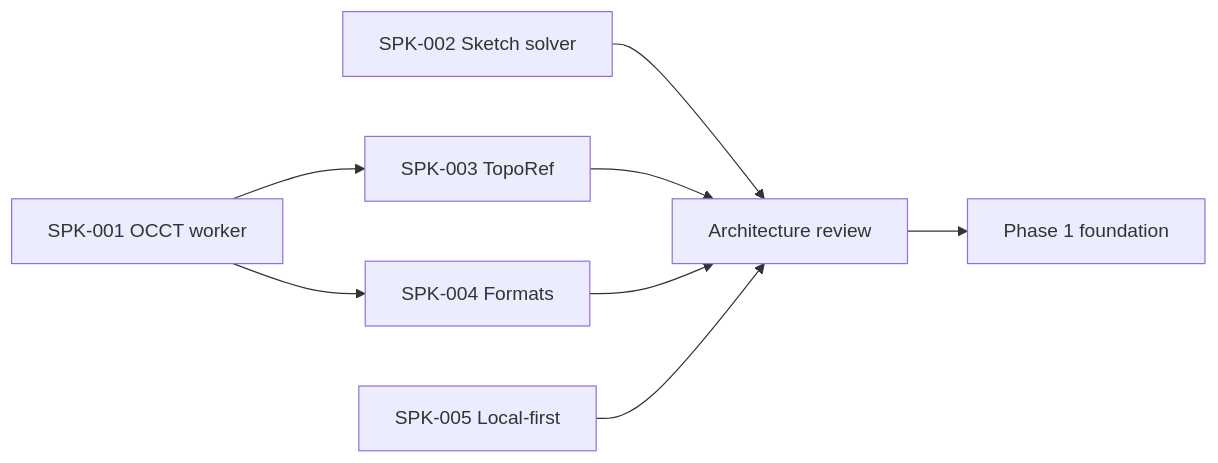
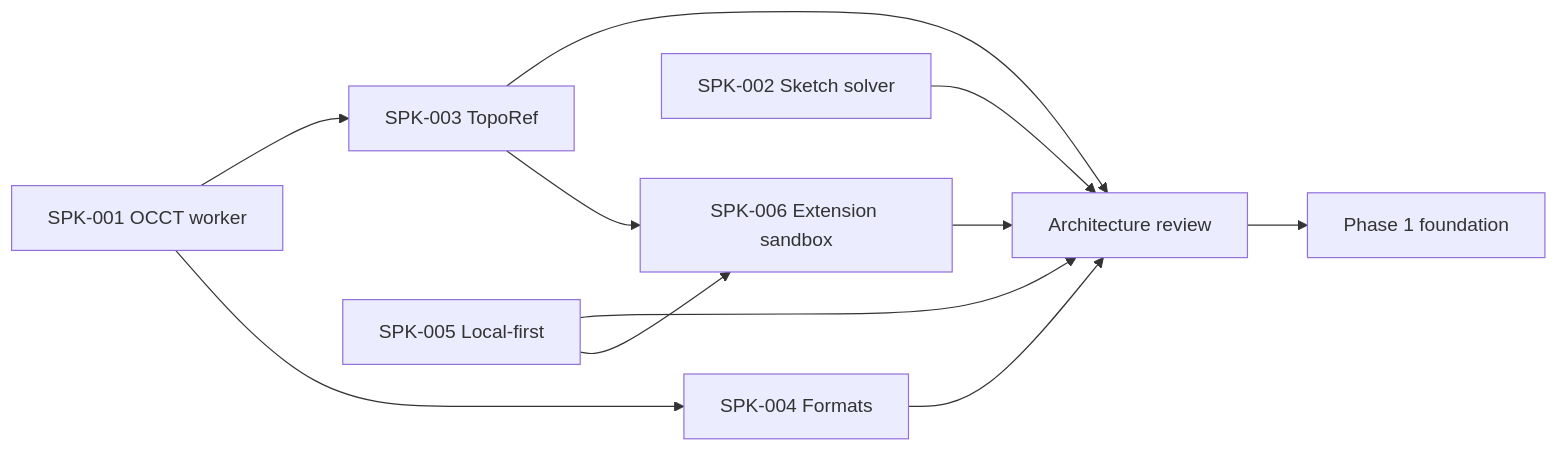
The diagram in docs/implementation-blueprint.md (kolengri/VibeShape), drawn with Mermaid before and after one commit. The commit also changed other lines of this file and 16 other files, not shown here.

Commit message:
docs(extensions): define capability-based architecture

````diff
--- a/docs/implementation-blueprint.md
+++ b/docs/implementation-blueprint.md
@@ -9,10 +9,13 @@
 ```mermaid
 flowchart LR
     S1["SPK-001 OCCT worker"] --> S3["SPK-003 TopoRef"]
     S1 --> S4["SPK-004 Formats"]
     S2["SPK-002 Sketch solver"] --> G["Architecture review"]
     S3 --> G
     S4 --> G
     S5["SPK-005 Local-first"] --> G
+    S3 --> S6["SPK-006 Extension sandbox"]
+    S5 --> S6
+    S6 --> G
     G --> F["Phase 1 foundation"]
 ```
````
